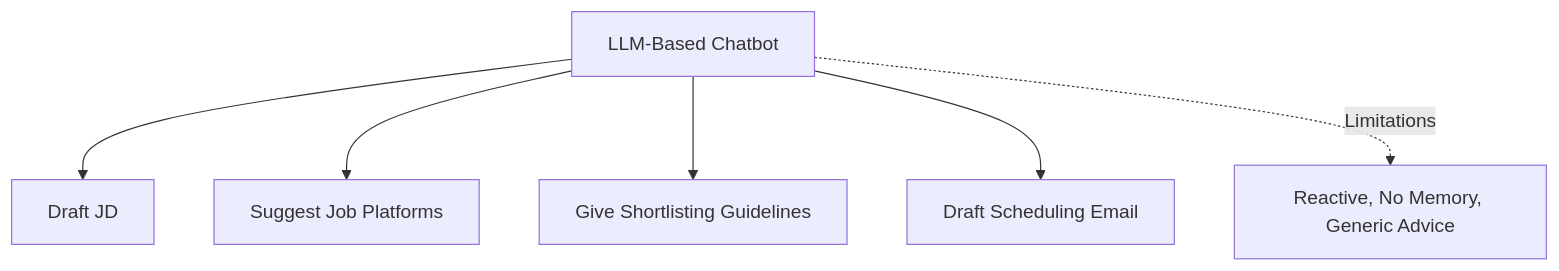
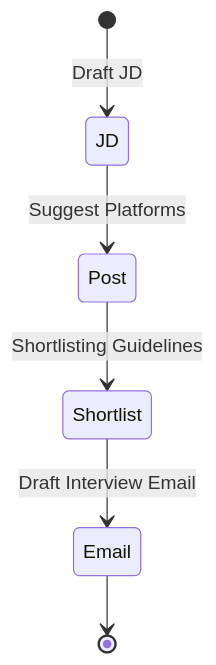
Before and after one commit to Sourabh-Kumar04/LangGraph: the third of 7 diagrams in 01_generative_ai_vs_agentic_ai.md, drawn with Mermaid. The commit also changed other lines of this file, not shown here.

First line of the commit message:
✨ docs: add detailed Generative AI & Hiring Chatbots guide with interactive Mermaid diagrams

````diff
--- a/01_generative_ai_vs_agentic_ai.md
+++ b/01_generative_ai_vs_agentic_ai.md
@@ -67,8 +76,8 @@
 ```mermaid
-graph TD
-    A[LLM-Based Chatbot] --> JD[Draft JD]
-    A --> Platform[Suggest Job Platforms]
-    A --> Shortlist[Give Shortlisting Guidelines]
-    A --> Email[Draft Scheduling Email]
-    A -.->|Limitations| L[Reactive, No Memory, Generic Advice]
+stateDiagram-v2
+    [*] --> JD: Draft JD
+    JD --> Post: Suggest Platforms
+    Post --> Shortlist: Shortlisting Guidelines
+    Shortlist --> Email: Draft Interview Email
+    Email --> [*]
 ```
````
